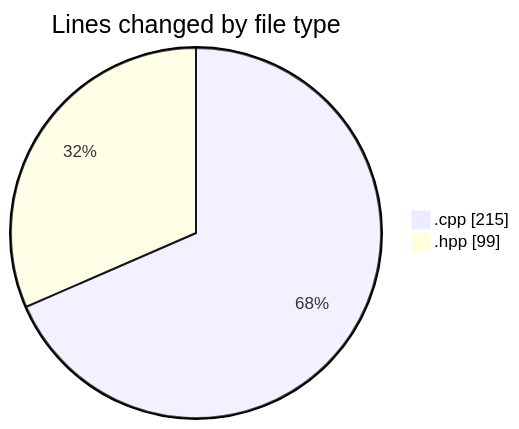
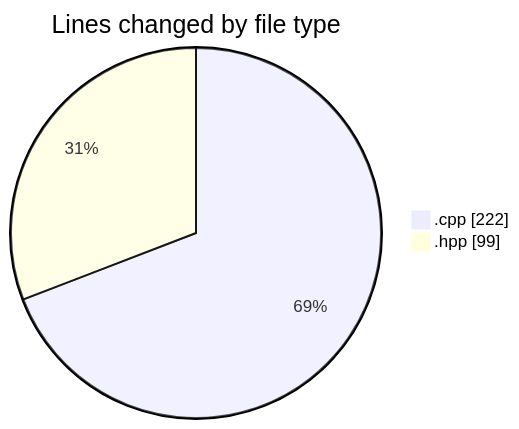
One commit to Netris89/code-tracking changed the first of 2 diagrams in 2025-04-25/echo/README.md. Above: the diagram before and after it, drawn with Mermaid. The commit also changed other lines of this file and 1 other file, not shown here.

````diff
--- a/2025-04-25/echo/README.md
+++ b/2025-04-25/echo/README.md
@@ -21,6 +21,6 @@
 ```mermaid
 pie showData
 title Lines changed by file type
-".cpp" : 215
+".cpp" : 222
 ".hpp" : 99
 ```
````
